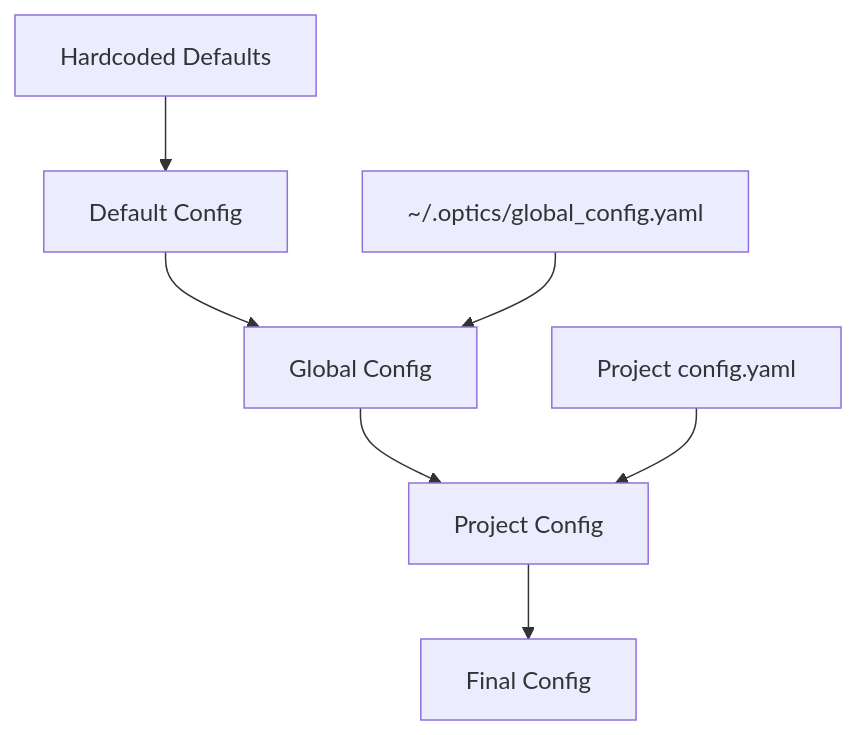
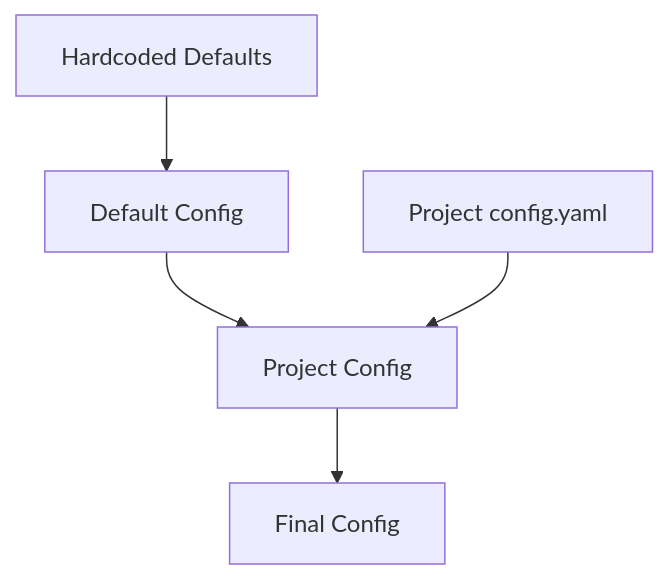
One commit to mozarkai/optics-framework changed the fourth of 8 diagrams in docs/architecture/components.md. Above: the diagram before and after it, drawn with Mermaid. The commit also changed other lines of this file and 19 other files, not shown here.

````diff
--- a/docs/architecture/components.md
+++ b/docs/architecture/components.md
@@ -759,10 +760,8 @@
 ```mermaid
 graph TB
-    A[Default Config] --> B[Global Config]
-    B --> C[Project Config]
+    A[Default Config] --> C[Project Config]
     C --> D[Final Config]
 
     A1[Hardcoded Defaults] --> A
-    B1[~/.optics/global_config.yaml] --> B
     C1[Project config.yaml] --> C
 ```
````
